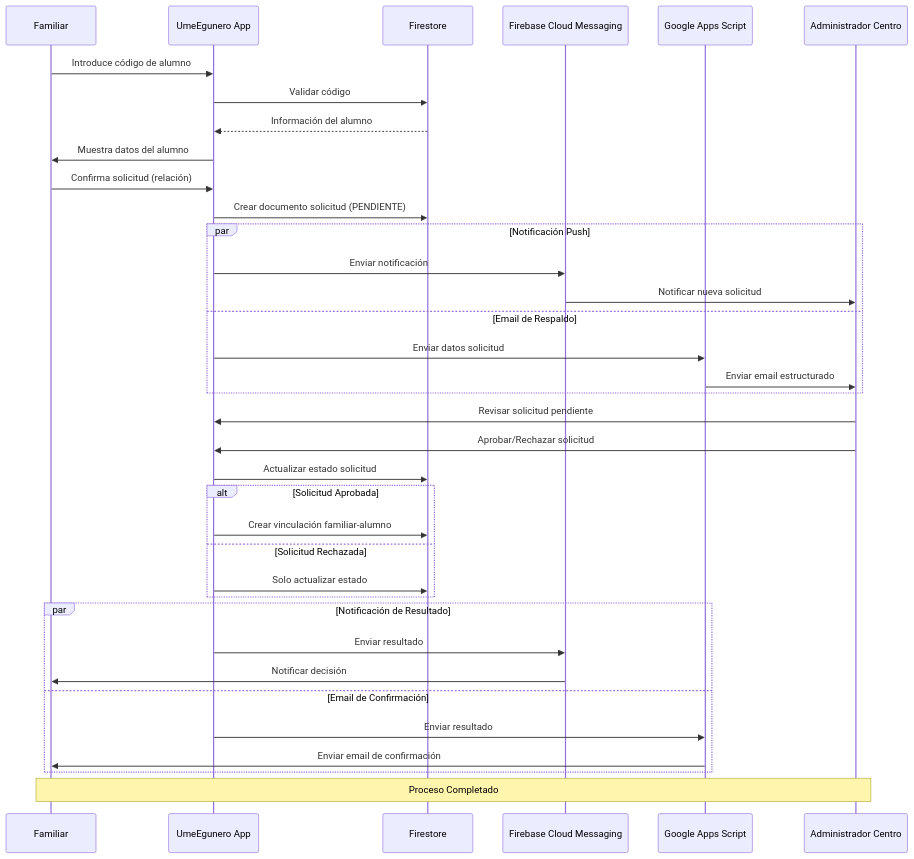
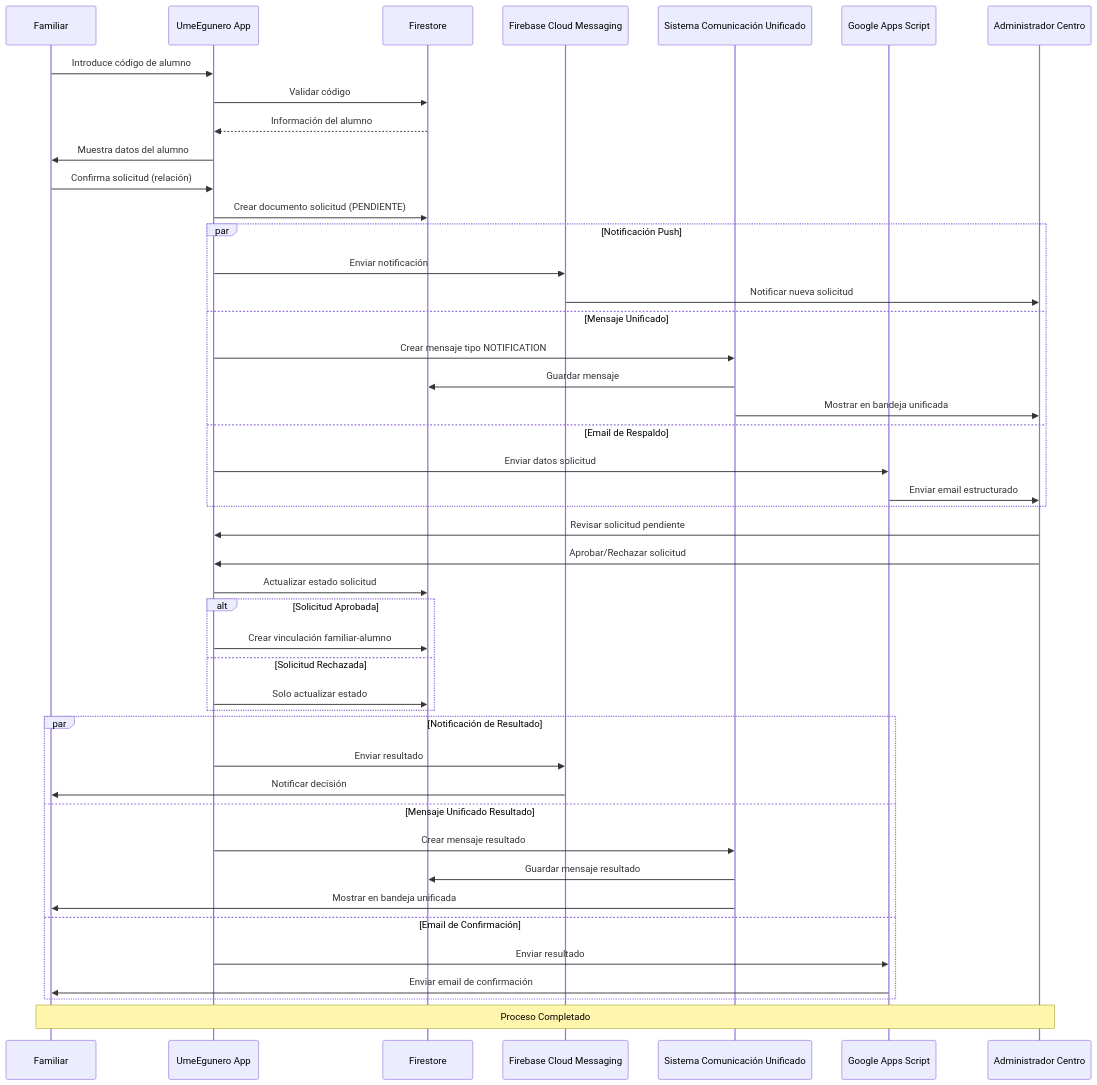
The third of 3 diagrams in docs/Sistema_Solicitudes.md (Nojabeach/UmeEgunero), drawn with Mermaid before and after one commit. The commit also changed other lines of this file and 112 other files, not shown here.

````diff
--- a/docs/Sistema_Solicitudes.md
+++ b/docs/Sistema_Solicitudes.md
@@ -339,46 +345,55 @@
 ```mermaid
 sequenceDiagram
     participant Familiar
     participant App as UmeEgunero App
     participant Firestore
     participant FCM as Firebase Cloud Messaging
+    participant UCM as Sistema Comunicación Unificado
     participant Script as Google Apps Script
     participant Admin as Administrador Centro
     
     Familiar->>App: Introduce código de alumno
     App->>Firestore: Validar código
     Firestore-->>App: Información del alumno
     App->>Familiar: Muestra datos del alumno
     Familiar->>App: Confirma solicitud (relación)
     
     App->>Firestore: Crear documento solicitud (PENDIENTE)
     
     par Notificación Push
         App->>FCM: Enviar notificación
         FCM->>Admin: Notificar nueva solicitud
+    and Mensaje Unificado
+        App->>UCM: Crear mensaje tipo NOTIFICATION
+        UCM->>Firestore: Guardar mensaje
+        UCM->>Admin: Mostrar en bandeja unificada
     and Email de Respaldo
         App->>Script: Enviar datos solicitud
         Script->>Admin: Enviar email estructurado
     end
     
     Admin->>App: Revisar solicitud pendiente
     Admin->>App: Aprobar/Rechazar solicitud
     
     App->>Firestore: Actualizar estado solicitud
     
     alt Solicitud Aprobada
         App->>Firestore: Crear vinculación familiar-alumno
     else Solicitud Rechazada
         App->>Firestore: Solo actualizar estado
     end
     
     par Notificación de Resultado
         App->>FCM: Enviar resultado
         FCM->>Familiar: Notificar decisión
+    and Mensaje Unificado Resultado
+        App->>UCM: Crear mensaje resultado
+        UCM->>Firestore: Guardar mensaje resultado
+        UCM->>Familiar: Mostrar en bandeja unificada
     and Email de Confirmación
         App->>Script: Enviar resultado
         Script->>Familiar: Enviar email de confirmación
     end
     
     note over Familiar,Admin: Proceso Completado
 ```
````
